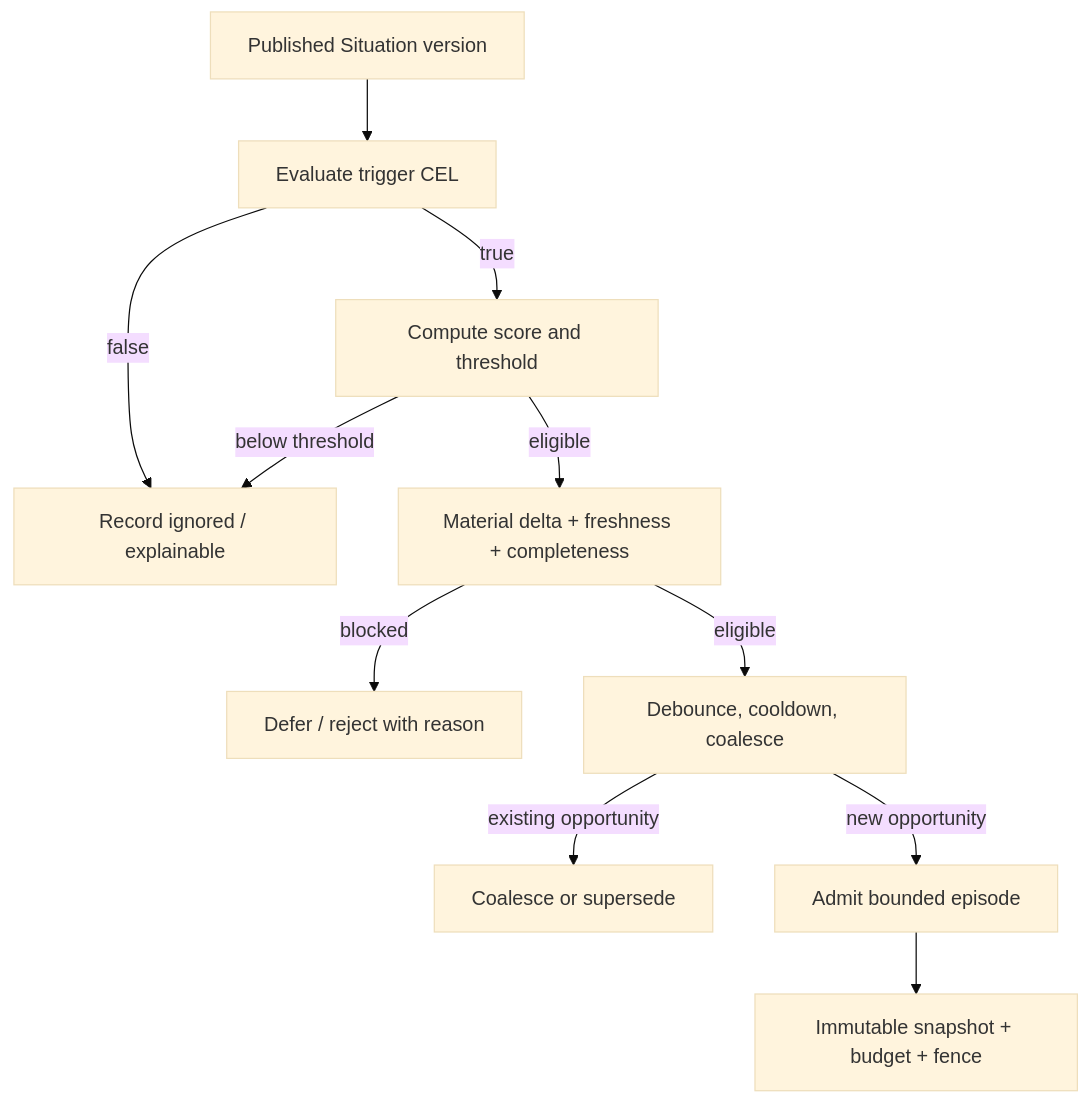
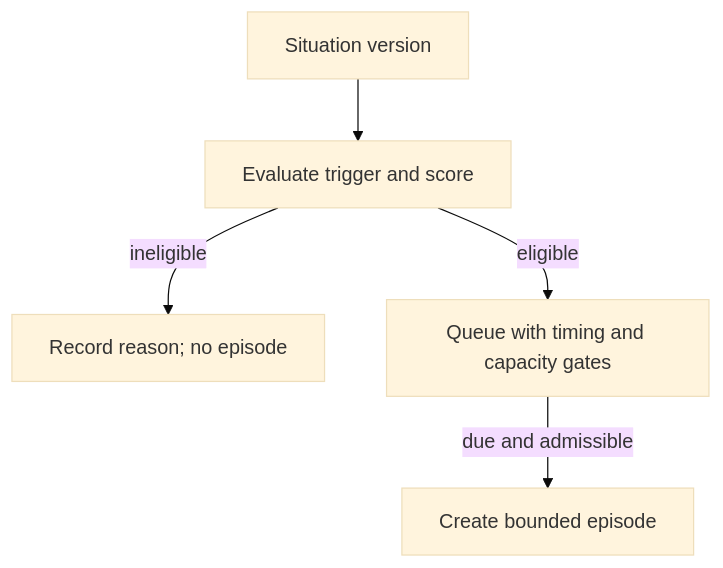
The diagram in documentation/design/cognition.md (ghassan-ai-projects/agentic-stream), drawn with Mermaid (base theme) before and after one commit. The commit also changed other lines of this file and 37 other files, not shown here.

Commit message:
docs: simplify diagrams and verify the learning and runtime guides

````diff
--- a/documentation/design/cognition.md
+++ b/documentation/design/cognition.md
@@ -9,13 +11,7 @@
 ```mermaid
 flowchart TD
-    V["Published Situation version"] --> T["Evaluate trigger CEL"]
-    T -->|false| N["Record ignored / explainable"]
-    T -->|true| S["Compute score and threshold"]
-    S -->|below threshold| N
-    S -->|eligible| H["Material delta + freshness + completeness"]
-    H -->|blocked| B["Defer / reject with reason"]
-    H -->|eligible| Q["Debounce, cooldown, coalesce"]
-    Q -->|existing opportunity| C["Coalesce or supersede"]
-    Q -->|new opportunity| A["Admit bounded episode"]
-    A --> E["Immutable snapshot + budget + fence"]
+    V["Situation version"] --> T["Evaluate trigger and score"]
+    T -->|ineligible| R["Record reason; no episode"]
+    T -->|eligible| Q["Queue with timing and capacity gates"]
+    Q -->|due and admissible| E["Create bounded episode"]
 ```
````
